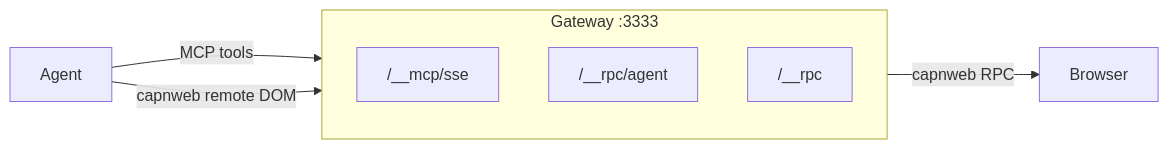
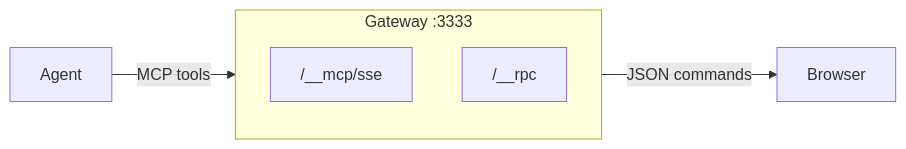
Before and after one commit to WinstonFassett/web-dev-mcp: the first of 2 diagrams in README.md, drawn with Mermaid. The commit also changed other lines of this file and 4 other files, not shown here.

````diff
--- a/README.md
+++ b/README.md
@@ -7,12 +9,10 @@
 ```mermaid
 graph LR
     Agent -->|MCP tools| GW
-    Agent -->|"capnweb remote DOM"| GW
-    GW -->|capnweb RPC| Browser
+    GW -->|JSON commands| Browser
 
     subgraph GW["Gateway :3333"]
         MCP["/__mcp/sse"]
-        AgentRPC["/__rpc/agent"]
-        BrowserRPC["/__rpc"]
+        CMD["/__rpc"]
     end
 ```
````
